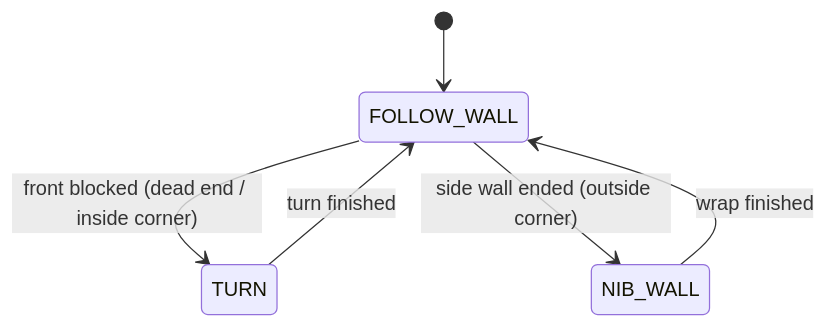
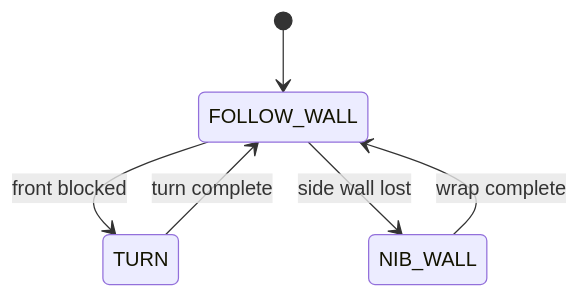
The diagram in docs/Challenge_6.md (TempeHS/RP2040_Competition_Robot), drawn with Mermaid before and after one commit. The commit also changed other lines of this file and 14 other files, not shown here.

````diff
--- a/docs/Challenge_6.md
+++ b/docs/Challenge_6.md
@@ -50,8 +40,8 @@
 ```mermaid
 stateDiagram-v2
     [*] --> FOLLOW_WALL
-    FOLLOW_WALL --> TURN: front blocked (dead end / inside corner)
-    FOLLOW_WALL --> NIB_WALL: side wall ended (outside corner)
-    TURN --> FOLLOW_WALL: turn finished
-    NIB_WALL --> FOLLOW_WALL: wrap finished
+    FOLLOW_WALL --> TURN: front blocked
+    FOLLOW_WALL --> NIB_WALL: side wall lost
+    TURN --> FOLLOW_WALL: turn complete
+    NIB_WALL --> FOLLOW_WALL: wrap complete
 ```
````
